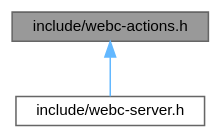
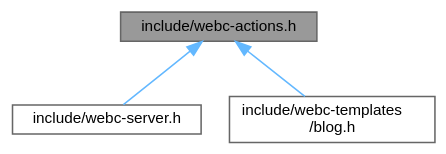
Before and after one commit to KDesp73/webc-docs: the diagram in docs/webc-actions_8h__dep__incl.dot, drawn with Graphviz. The commit also changed 90 other files, not shown here.

```diff
--- a/docs/webc-actions_8h__dep__incl.dot
+++ b/docs/webc-actions_8h__dep__incl.dot
@@ -1,10 +1,12 @@
 digraph "include/webc-actions.h"
 {
  // LATEX_PDF_SIZE
   bgcolor="transparent";
   edge [fontname=Helvetica,fontsize=10,labelfontname=Helvetica,labelfontsize=10];
   node [fontname=Helvetica,fontsize=10,shape=box,height=0.2,width=0.4];
   Node1 [id="Node000001",label="include/webc-actions.h",height=0.2,width=0.4,color="gray40", fillcolor="grey60", style="filled", fontcolor="black",tooltip=" "];
   Node1 -> Node2 [id="edge1_Node000001_Node000002",dir="back",color="steelblue1",style="solid",tooltip=" "];
   Node2 [id="Node000002",label="include/webc-server.h",height=0.2,width=0.4,color="grey40", fillcolor="white", style="filled",URL="$webc-server_8h.html",tooltip=" "];
+  Node1 -> Node3 [id="edge2_Node000001_Node000003",dir="back",color="steelblue1",style="solid",tooltip=" "];
+  Node3 [id="Node000003",label="include/webc-templates\l/blog.h",height=0.2,width=0.4,color="grey40", fillcolor="white", style="filled",URL="$blog_8h.html",tooltip=" "];
 }
```
